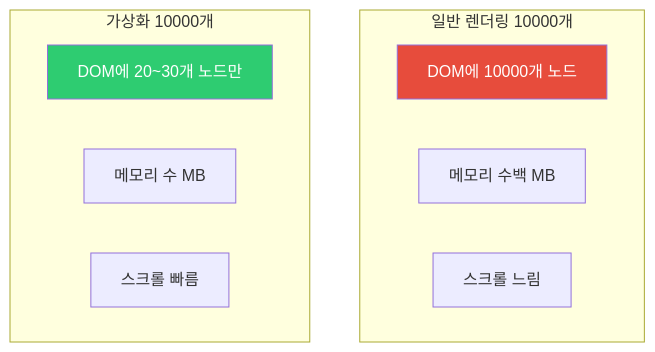
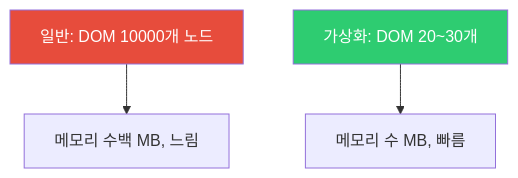
One commit to yjkim2015/yjkim2015.github.io changed the fourth of 5 diagrams in _posts/frontend/2026-05-02-react-performance.md. Above: the diagram before and after it, drawn with Mermaid. The commit also changed other lines of this file and 155 other files, not shown here.

First line of the commit message:
Mermaid 전면 수정: subgraph 제거, participant/노드/줄수 축소 (342블록)

````diff
--- a/_posts/frontend/2026-05-02-react-performance.md
+++ b/_posts/frontend/2026-05-02-react-performance.md
@@ -240,15 +236,11 @@
 ```mermaid
 graph TD
-    subgraph "일반 렌더링 10000개"
-        DOM1["DOM에 10000개 노드"]
-        MEM1["메모리 수백 MB"]
-        PERF1["스크롤 느림"]
-    end
-    subgraph "가상화 10000개"
-        DOM2["DOM에 20~30개 노드만"]
-        MEM2["메모리 수 MB"]
-        PERF2["스크롤 빠름"]
-    end
+    DOM1["일반: DOM 10000개 노드"]
+    MEM1["메모리 수백 MB, 느림"]
+    DOM2["가상화: DOM 20~30개"]
+    MEM2["메모리 수 MB, 빠름"]
+    DOM1 --> MEM1
+    DOM2 --> MEM2
     style DOM1 fill:#e74c3c,color:#fff
     style DOM2 fill:#2ecc71,color:#fff
 ```
````
